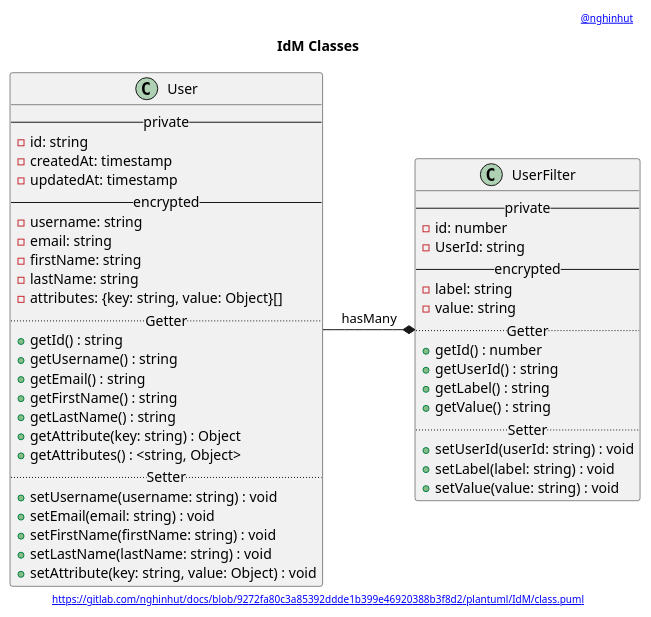
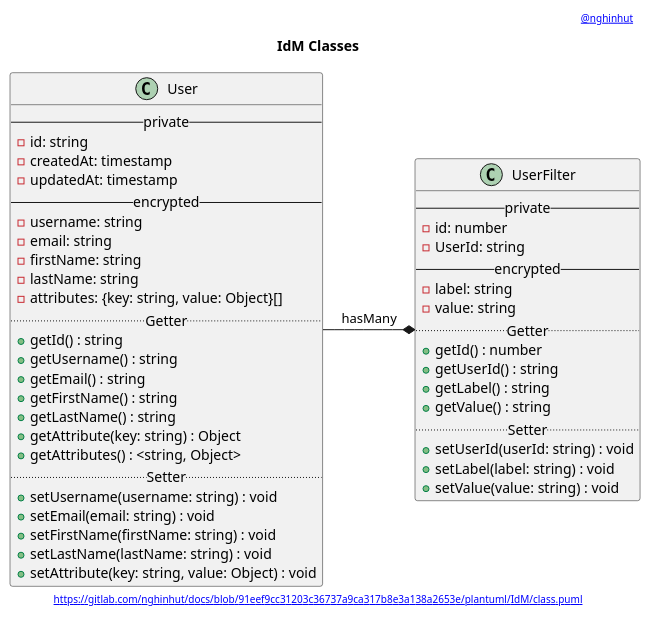
One commit to nghinhut/docs changed the diagram in plantuml/IdM/class.puml. Above: the diagram before and after it, drawn with PlantUML. The commit also changed 24 other files, not shown here.

Commit message:
docs(plantuml): update headers

```diff
--- a/plantuml/IdM/class.puml
+++ b/plantuml/IdM/class.puml
@@ -1,56 +1,56 @@
 @startuml
 '-----START auto generated metadata please keep comment here to allow auto update-----
 '-----DON'T EDIT THIS SECTION, INSTEAD RE-RUN prebuild.sh TO UPDATE-----
-header [[https://www.nghinhut.dev?from=http%5C%3A%5C%2F%5C%2Fwww%5C.plantuml%5C.com%5C%2Fplantuml%5C%2Fproxy%3Ffmt%3Dsvg%5C%26src%3Dhttps%5C%3A%5C%2F%5C%2Fgitlab%5C.com%5C%2Fnghinhut%5C%2Fdocs%5C%2Fraw%5C%2F9272fa80c3a85392ddde1b399e46920388b3f8d2%5C%2Fplantuml%5C%2FIdM%5C%2Fclass%5C.puml%0A @nghinhut]]
-footer [[http://www.plantuml.com/plantuml/proxy?fmt=svg&src=https://gitlab.com/nghinhut/docs/raw/9272fa80c3a85392ddde1b399e46920388b3f8d2/plantuml/IdM/class.puml https://gitlab.com/nghinhut/docs/blob/9272fa80c3a85392ddde1b399e46920388b3f8d2/plantuml/IdM/class.puml]]
+header [[https://www.nghinhut.dev?from=http%5C%3A%5C%2F%5C%2Fwww%5C.plantuml%5C.com%5C%2Fplantuml%5C%2Fproxy%3Ffmt%3Dsvg%5C%26src%3Dhttps%5C%3A%5C%2F%5C%2Fgitlab%5C.com%5C%2Fnghinhut%5C%2Fdocs%5C%2Fraw%5C%2F91eef9cc31203c36737a9ca317b8e3a138a2653e%5C%2Fplantuml%5C%2FIdM%5C%2Fclass%5C.puml%0A @nghinhut]]
+footer [[http://www.plantuml.com/plantuml/proxy?fmt=svg&src=https://gitlab.com/nghinhut/docs/raw/91eef9cc31203c36737a9ca317b8e3a138a2653e/plantuml/IdM/class.puml https://gitlab.com/nghinhut/docs/blob/91eef9cc31203c36737a9ca317b8e3a138a2653e/plantuml/IdM/class.puml]]
 '-----END auto generated metadata please keep comment here to allow auto update-----
 title IdM Classes
 
 class "User" as user {
     -- private --
     - id: string
     - createdAt: timestamp
     - updatedAt: timestamp
     -- encrypted --
     - username: string
     - email: string
     - firstName: string
     - lastName: string
     - attributes: {key: string, value: Object}[]
     .. Getter ..
     + getId() : string
     + getUsername() : string
     + getEmail() : string
     + getFirstName() : string
     + getLastName() : string
     + getAttribute(key: string) : Object
     + getAttributes() : <string, Object>
     .. Setter ..
     + setUsername(username: string) : void
     + setEmail(email: string) : void
     + setFirstName(firstName: string) : void
     + setLastName(lastName: string) : void
     + setAttribute(key: string, value: Object) : void
 }
 
 class "UserFilter" as user_filter {
     -- private --
     - id: number
     - UserId: string
     -- encrypted --
     - label: string
     - value: string
     .. Getter ..
     + getId() : number
     + getUserId() : string
     + getLabel() : string
     + getValue() : string
     .. Setter ..
     + setUserId(userId: string) : void
     + setLabel(label: string) : void
     + setValue(value: string) : void
 }
 
 user -* user_filter : hasMany
 
 @enduml
```
